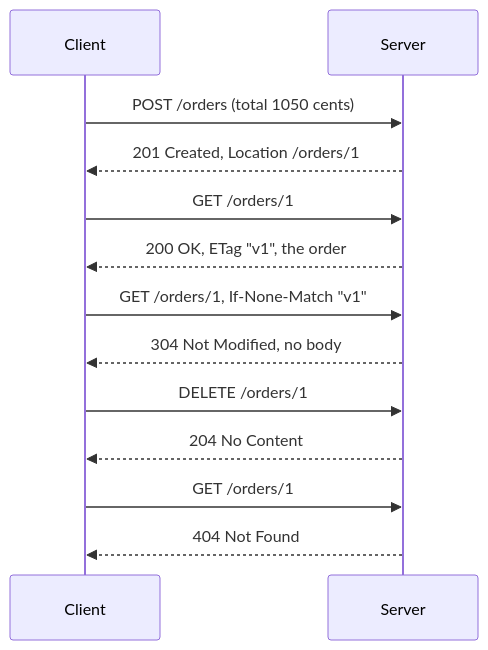
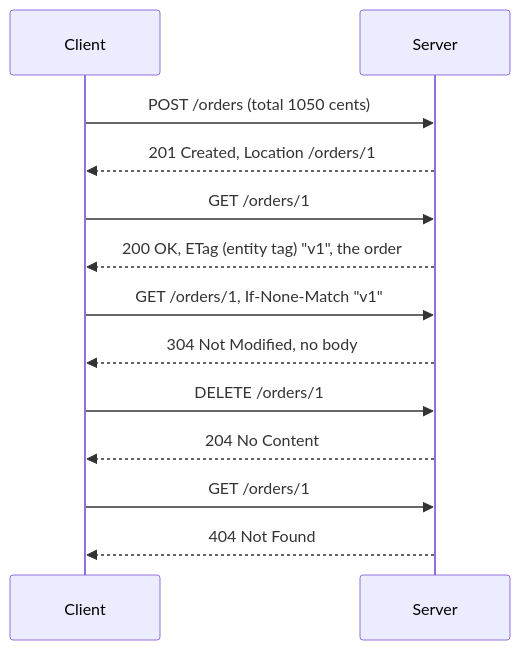
Before and after one commit to shehry3894/system-design-101: the diagram in docs/concepts/communication/02-rest.md, drawn with Mermaid. The commit also changed other lines of this file and 4 other files, not shown here.

````diff
--- a/docs/concepts/communication/02-rest.md
+++ b/docs/concepts/communication/02-rest.md
@@ -18,18 +18,18 @@
 ```mermaid
 sequenceDiagram
     accTitle: The life of one order over REST
-    accDescr: The client creates order 1 with POST and gets 201 Created with the new order's address. It reads the order with GET and gets 200 with an ETag. It asks again with If-None-Match and gets 304 Not Modified, with no body. It deletes the order and gets 204. A last GET gets 404.
+    accDescr: The client creates order 1 with POST and gets 201 Created with the new order's address. It reads the order with GET and gets 200 with an ETag (entity tag). It asks again with If-None-Match and gets 304 Not Modified, with no body. It deletes the order and gets 204. A last GET gets 404.
 
     participant C as Client
     participant S as Server
     C->>S: POST /orders (total 1050 cents)
     S-->>C: 201 Created, Location /orders/1
     C->>S: GET /orders/1
-    S-->>C: 200 OK, ETag "v1", the order
+    S-->>C: 200 OK, ETag (entity tag) "v1", the order
     C->>S: GET /orders/1, If-None-Match "v1"
     S-->>C: 304 Not Modified, no body
     C->>S: DELETE /orders/1
     S-->>C: 204 No Content
     C->>S: GET /orders/1
     S-->>C: 404 Not Found
 ```
````
